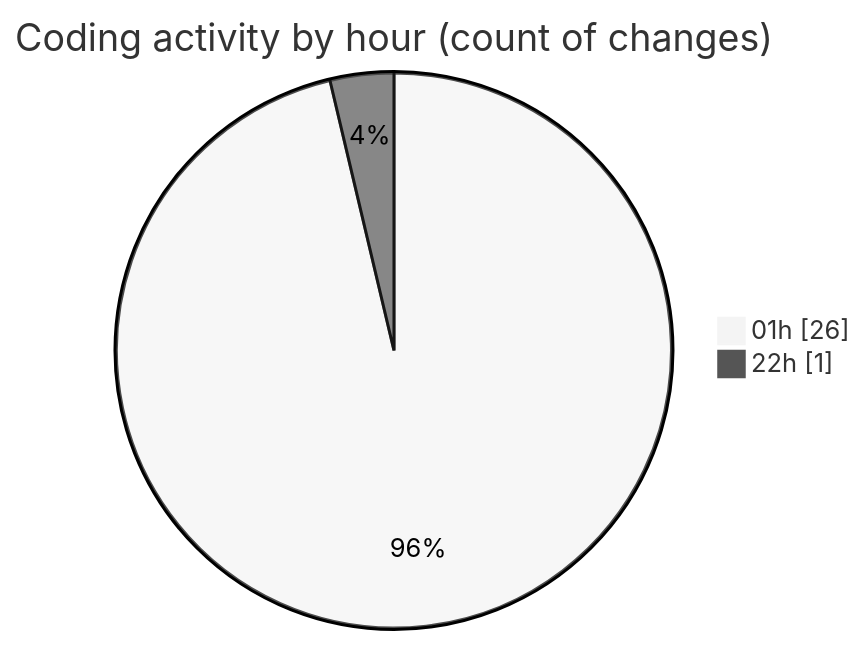
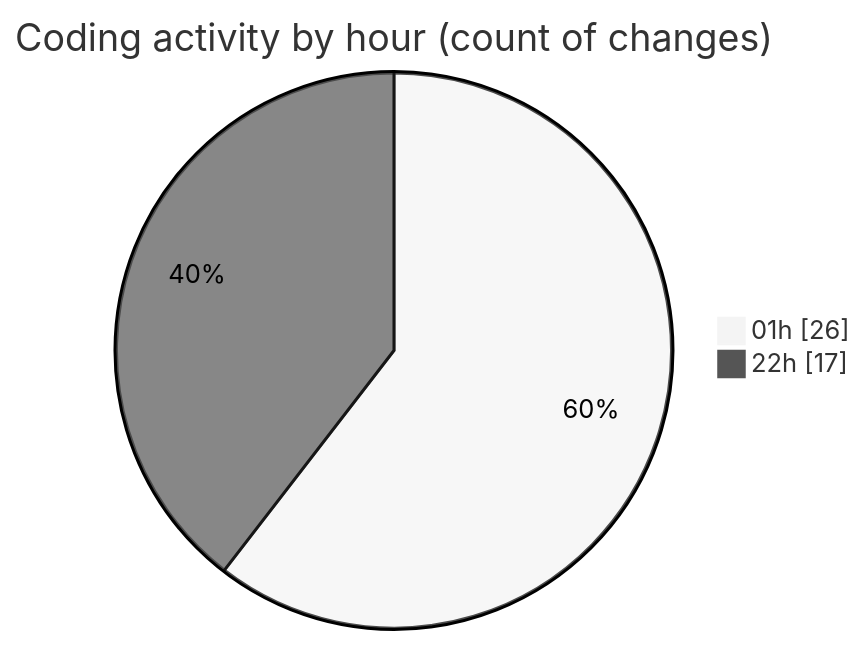
One commit to Ritupan-Deka/code-tracking changed the second of 2 diagrams in 2025-01-28/0starter_files/README.md. Above: the diagram before and after it, drawn with Mermaid (neutral theme). The commit also changed other lines of this file and 1 other file, not shown here.

````diff
--- a/2025-01-28/0starter_files/README.md
+++ b/2025-01-28/0starter_files/README.md
@@ -28,6 +28,6 @@
 ```mermaid
 pie showData
 title Coding activity by hour (count of changes)
 "01h" : 26
-"22h" : 1
+"22h" : 17
 ```
````
